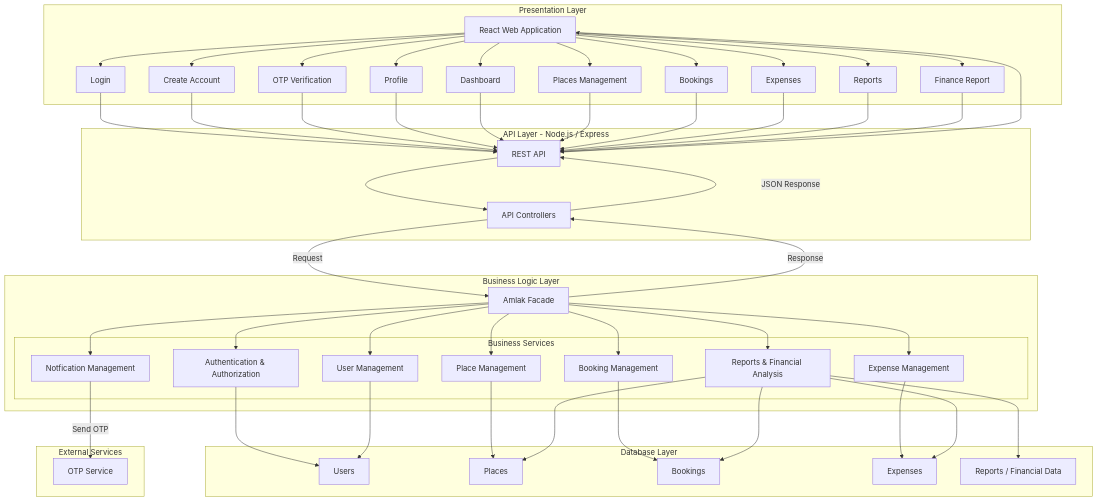
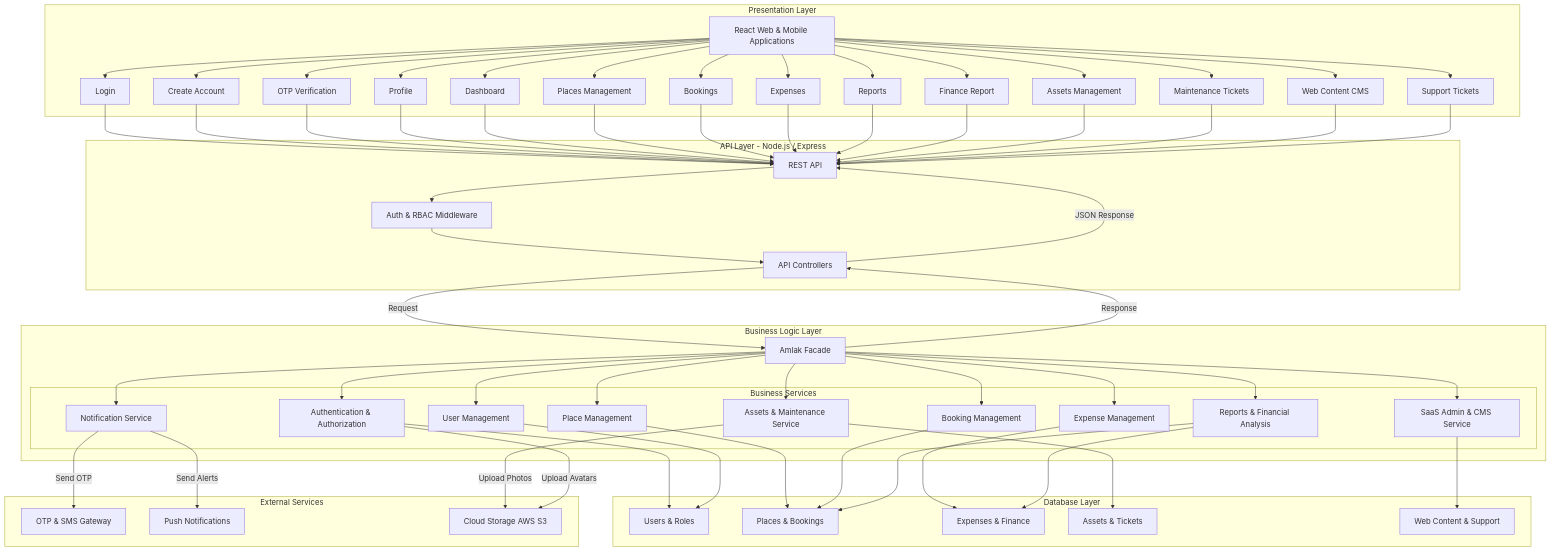
One commit to Abdulrahman-Wadani/Amlak changed the first of 3 diagrams in Stage-3/README.md. Above: the diagram before and after it, drawn with Mermaid.

Commit message:
Refactor architecture diagram and fix typos
Updated the architecture diagram in the README to reflect changes in the presentation, API, business logic, and database layers. Corrected spelling errors and improved clarity of service names.

````diff
--- a/Stage-3/README.md
+++ b/Stage-3/README.md
@@ -82,13 +82,8 @@
 ```mermaid
 flowchart TD
 
-    %% ========================================
-    %% PRESENTATION LAYER
-    %% ========================================
-
     subgraph Presentation["Presentation Layer"]
-
-        React["React Web Application"]
+        React["React Web & Mobile Applications"]
 
         Login["Login"]
         Register["Create Account"]
@@ -100,6 +95,10 @@
         Expenses["Expenses"]
         Reports["Reports"]
         Finance["Finance Report"]
+        Assets["Assets Management"]
+        Tickets["Maintenance Tickets"]
+        CMS["Web Content CMS"]
+        Support["Support Tickets"]
 
         React --> Login
         React --> Register
@@ -111,30 +110,22 @@
         React --> Expenses
         React --> Reports
         React --> Finance
-
+        React --> Assets
+        React --> Tickets
+        React --> CMS
+        React --> Support
     end
 
-
-    %% ========================================
-    %% API LAYER
-    %% ========================================
-
     subgraph API["API Layer - Node.js / Express"]
-
         REST["REST API"]
+        Middleware["Auth & RBAC Middleware"]
         Controllers["API Controllers"]
 
-        REST --> Controllers
-
+        REST --> Middleware
+        Middleware --> Controllers
     end
 
-
-    %% ========================================
-    %% BUSINESS LOGIC LAYER
-    %% ========================================
-
     subgraph Logic["Business Logic Layer"]
-
         Facade["Amlak Facade"]
 
         subgraph Services["Business Services"]
@@ -144,8 +135,9 @@
             BookingManagement["Booking Management"]
             ExpenseManagement["Expense Management"]
             ReportService["Reports & Financial Analysis"]
-            Notfication["Notfication Management"]
-
+            Notification["Notification Service"]
+            MaintenanceSvc["Assets & Maintenance Service"]
+            AdminSvc["SaaS Admin & CMS Service"]
         end
 
         Facade --> Auth
@@ -154,39 +146,24 @@
         Facade --> BookingManagement
         Facade --> ExpenseManagement
         Facade --> ReportService
-        Facade --> Notfication
+        Facade --> Notification
+        Facade --> MaintenanceSvc
+        Facade --> AdminSvc
     end
 
-
-    %% ========================================
-    %% DATABASE LAYER
-    %% ========================================
-
     subgraph Database["Database Layer"]
-
-        UsersDB["Users"]
-        PlacesDB["Places"]
-        BookingsDB["Bookings"]
-        ExpensesDB["Expenses"]
-        ReportsDB["Reports / Financial Data"]
-
+        UsersDB["Users & Roles"]
+        PlacesDB["Places & Bookings"]
+        ExpensesDB["Expenses & Finance"]
+        MaintenanceDB["Assets & Tickets"]
+        AdminDB["Web Content & Support"]
     end
 
-
-    %% ========================================
-    %% EXTERNAL SERVICES
-    %% ========================================
-
     subgraph External["External Services"]
-
-        OTPService["OTP Service"]
-
+        OTPService["OTP & SMS Gateway"]
+        PushService["Push Notifications"]
+        StorageService["Cloud Storage AWS S3"]
     end
-
-
-    %% ========================================
-    %% PRESENTATION / USER ACCESS
-    %% ========================================
 
     Login --> REST
     Register --> REST
@@ -198,51 +175,27 @@
     Expenses --> REST
     Reports --> REST
     Finance --> REST
-
-
-    %% ========================================
-    %% API -> BUSINESS LOGIC
-    %% ========================================
+    Assets --> REST
+    Tickets --> REST
+    CMS --> REST
+    Support --> REST
 
     Controllers -->|"Request"| Facade
-
-
-    %% ========================================
-    %% BUSINESS LOGIC -> DATABASE
-    %% ========================================
+    Facade -->|"Response"| Controllers
+    Controllers -->|"JSON Response"| REST
 
     Auth --> UsersDB
-
     UserManagement --> UsersDB
-
     PlaceManagement --> PlacesDB
-
-    BookingManagement --> BookingsDB
-
+    BookingManagement --> PlacesDB
     ExpenseManagement --> ExpensesDB
-
-    ReportService --> ReportsDB
-
-    ReportService --> BookingsDB
     ReportService --> ExpensesDB
     ReportService --> PlacesDB
+    MaintenanceSvc --> MaintenanceDB
+    AdminSvc --> AdminDB
 
-
-    %% ========================================
-    %% OTP EXTERNAL SERVICE
-    %% ========================================
-
-    Notfication -->|"Send OTP"| OTPService
-
-
-
-    %% ========================================
-    %% RESPONSE FLOW
-    %% ========================================
-
-    Facade -->|"Response"| Controllers
-
-    Controllers -->|"JSON Response"| REST
-
-    REST --> React    
+    Notification -->|"Send OTP"| OTPService
+    Notification -->|"Send Alerts"| PushService
+    MaintenanceSvc -->|"Upload Photos"| StorageService
+    Auth -->|"Upload Avatars"| StorageService   
 ```
````
